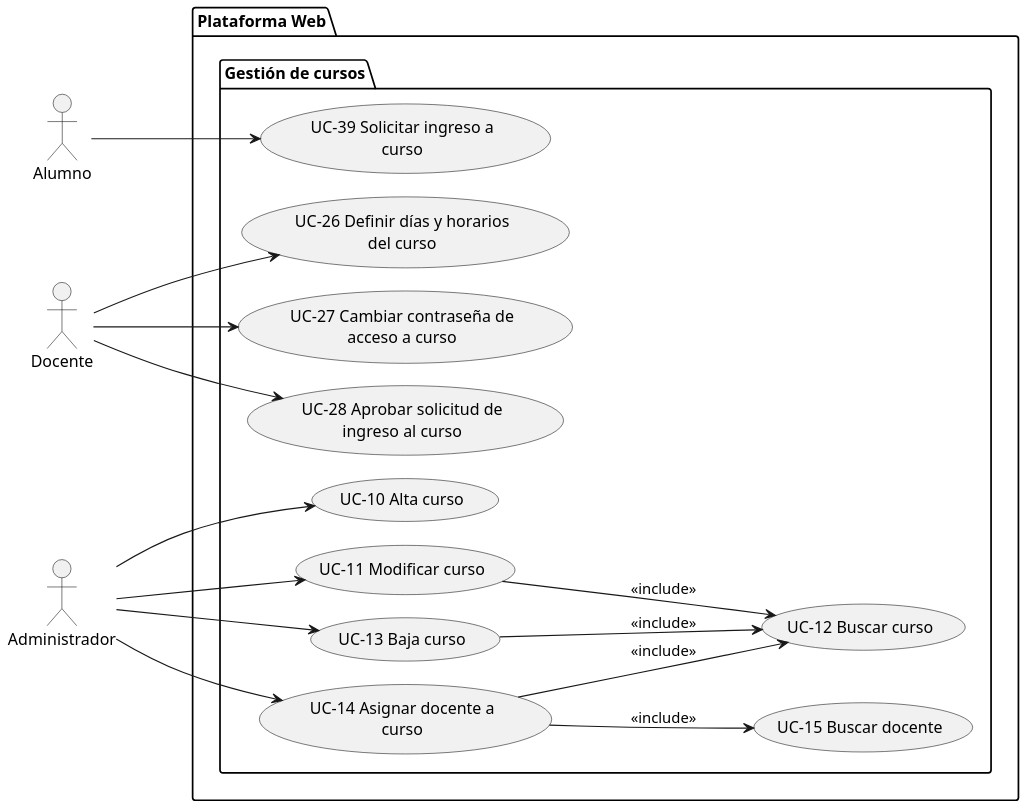
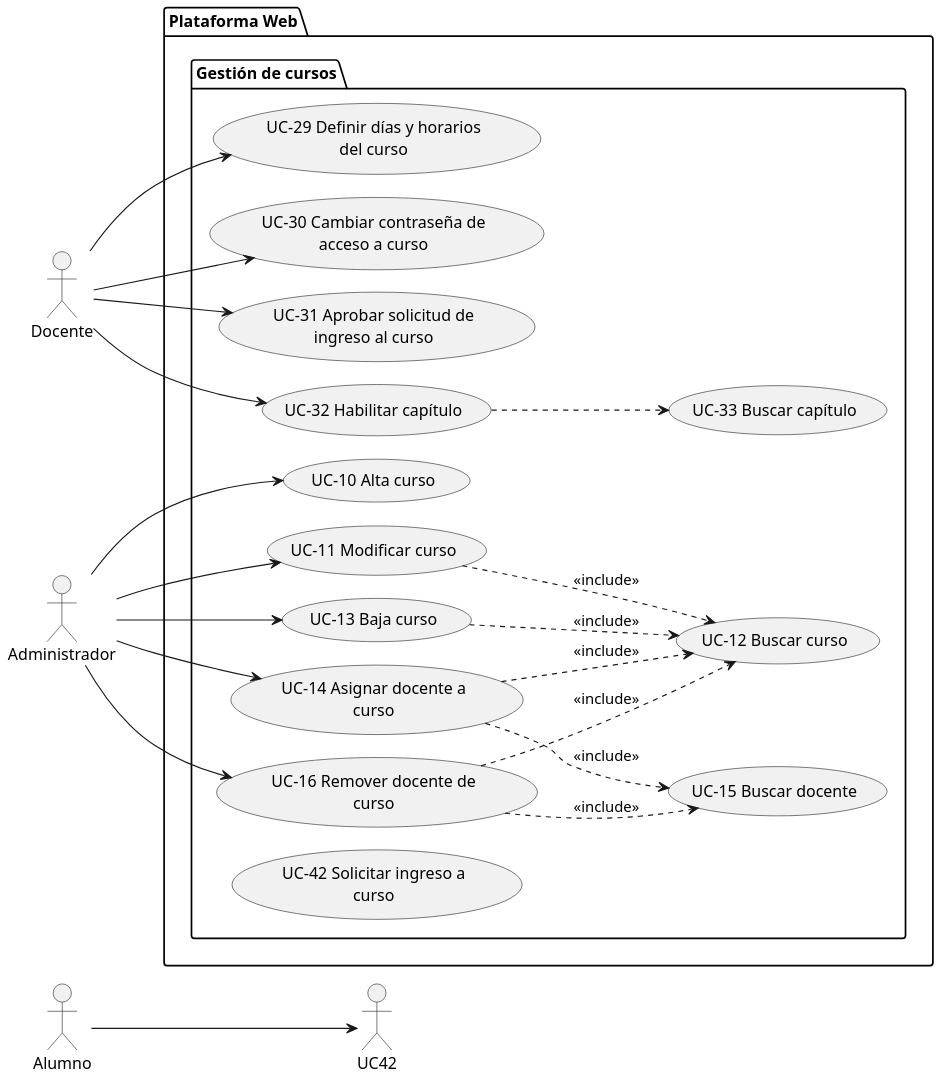
Before and after one commit to francoalbornoz2002/ASC-ProyectoAlgoritmia-TrabajoFinal: the diagram in docs/requisitos/casos-de-uso/diagrama-casos-de-uso/subsistema-gestion-cursos.puml, drawn with PlantUML. The commit also changed 8 other files, not shown here.

Commit message:
Rediseñando diagrama de casos de uso y sus respectivos subsistemas.

```diff
--- a/docs/requisitos/casos-de-uso/diagrama-casos-de-uso/subsistema-gestion-cursos.puml
+++ b/docs/requisitos/casos-de-uso/diagrama-casos-de-uso/subsistema-gestion-cursos.puml
@@ -1,49 +1,57 @@
 @startuml SUBSISTEMA_GestionCursos
 left to right direction
 
 skinparam dpi 150
 skinparam usecasePadding 25
 skinparam actorPadding 80
 skinparam packagePadding 50
 skinparam wrapWidth 200
 
 skinparam nodesep 20
-skinparam ranksep 100
+skinparam ranksep 50
 
 actor Alumno
 actor Docente
 actor Administrador
 
 package "Plataforma Web"{
     package "Gestión de cursos"{
         usecase "UC-10 Alta curso" as UC10
         usecase "UC-11 Modificar curso" as UC11
         usecase "UC-12 Buscar curso" as UC12
         usecase "UC-13 Baja curso" as UC13
         usecase "UC-14 Asignar docente a curso" as UC14
         usecase "UC-15 Buscar docente" as UC15
-        usecase "UC-26 Definir días y horarios del curso" as UC26
-        usecase "UC-27 Cambiar contraseña de acceso a curso" as UC27
-        usecase "UC-28 Aprobar solicitud de ingreso al curso" as UC28
-        usecase "UC-39 Solicitar ingreso a curso" as UC39
+        usecase "UC-16 Remover docente de curso" as UC16
+        usecase "UC-29 Definir días y horarios del curso" as UC29
+        usecase "UC-30 Cambiar contraseña de acceso a curso" as UC30
+        usecase "UC-31 Aprobar solicitud de ingreso al curso" as UC31
+        usecase "UC-32 Habilitar capítulo" as UC32
+        usecase "UC-33 Buscar capítulo" as UC33
+        usecase "UC-42 Solicitar ingreso a curso" as UC43
     }
 }
 
 Administrador --> UC10
 Administrador --> UC11
 Administrador --> UC13
 
-UC11 --> UC12 : <<include>>
-UC13 --> UC12 : <<include>>
+UC11 ..> UC12 : <<include>>
+UC13 ..> UC12 : <<include>>
 
 Administrador --> UC14
-UC14 --> UC15 : <<include>>
-UC14 --> UC12 : <<include>>
+Administrador --> UC16
+UC14 ..> UC15 : <<include>>
+UC14 ..> UC12 : <<include>>
+UC16 ..> UC15 : <<include>>
+UC16 ..> UC12 : <<include>>
 
-Docente --> UC26
-Docente --> UC27
-Docente --> UC28
+Docente --> UC29
+Docente --> UC30
+Docente --> UC31
+Docente --> UC32
+UC32 ..> UC33
 
-Alumno --> UC39
+Alumno --> UC42
 
 @enduml
```
